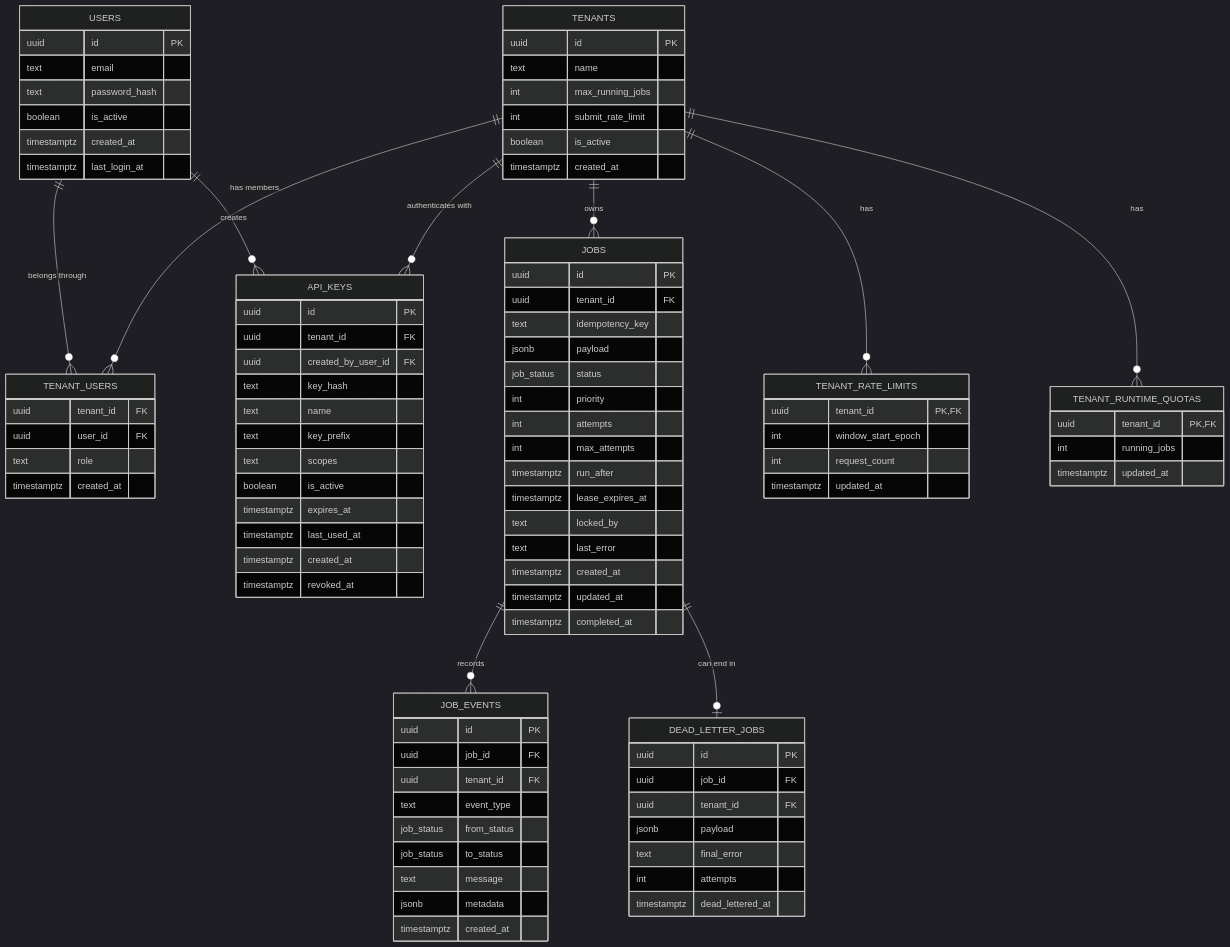
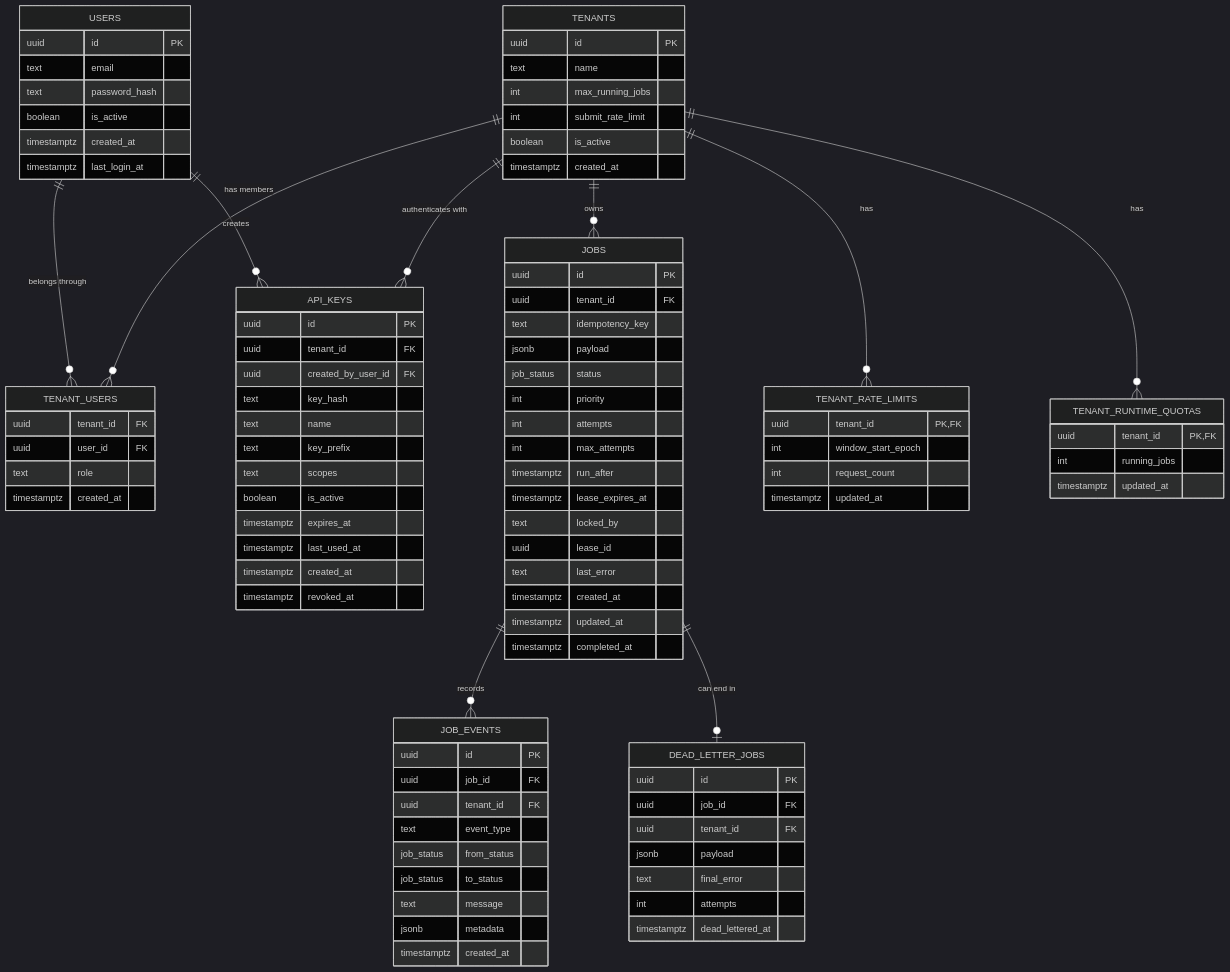
One commit to kamaldeep-backup/reach-assignment changed the second of 2 diagrams in docs/ARCHITECTURE.md. Above: the diagram before and after it, drawn with Mermaid (dark theme). The commit also changed other lines of this file and 10 other files, not shown here.

```diff
--- a/docs/ARCHITECTURE.md
+++ b/docs/ARCHITECTURE.md
@@ -241,6 +241,7 @@
     timestamptz run_after
     timestamptz lease_expires_at
     text locked_by
+    uuid lease_id
     text last_error
     timestamptz created_at
     timestamptz updated_at
```
